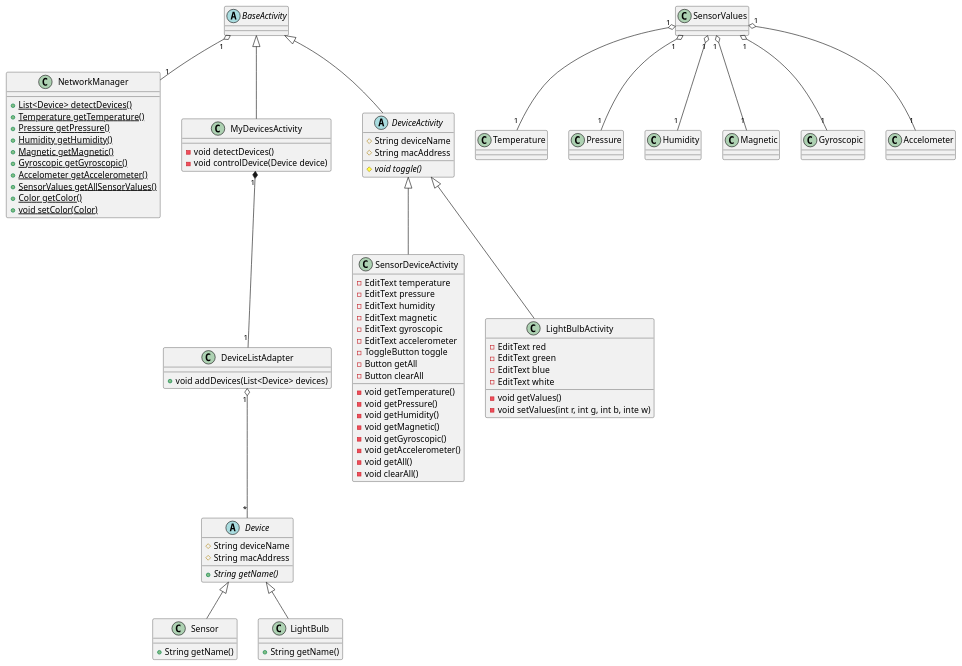
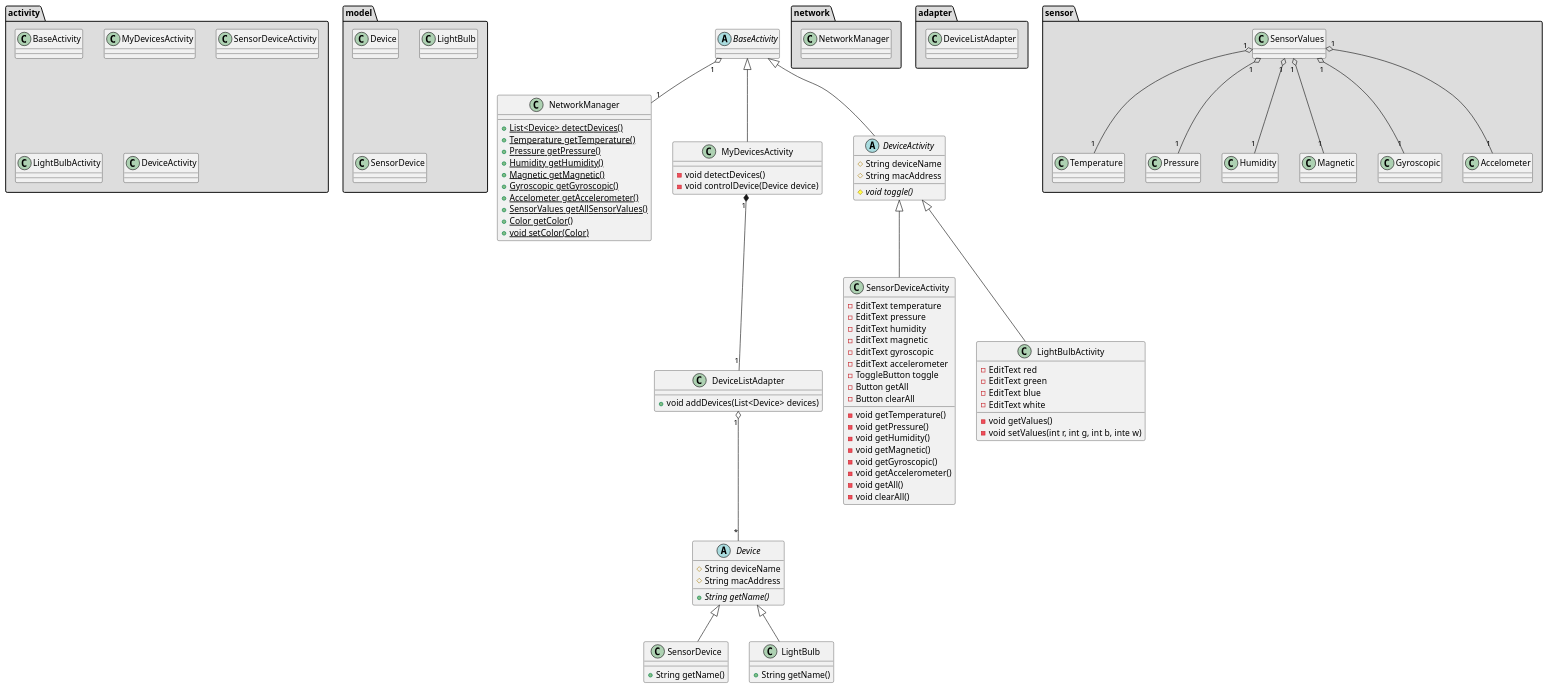
Before and after one commit to ockka/ETSN05-Group2: the diagram in docs/STLDD/class_diagram.plantuml, drawn with PlantUML. The commit also changed 1 other file, not shown here.

Commit message:
PUSS154214 v0.1: Added packages in class diagram

```diff
--- a/docs/STLDD/class_diagram.plantuml
+++ b/docs/STLDD/class_diagram.plantuml
@@ -1,93 +1,123 @@
-class NetworkManager{
+package "activity" #DDDDDD {
+  class BaseActivity
+  class MyDevicesActivity
+  class SensorDeviceActivity
+  class LightBulbActivity
+  class DeviceActivity
+
+}
+package "network" #DDDDDD {
+  class NetworkManager
+}
+package "adapter" #DDDDDD {
+  class DeviceListAdapter
+}
+package "model" #DDDDDD {
+  class Device
+  class LightBulb
+  class SensorDevice
+}
+
+package "sensor" #DDDDDD {
+	class SensorValues
+	class Temperature 
+	class Pressure 
+	class Humidity 
+	class Magnetic 
+	class Gyroscopic 
+	class Accelometer 
+}
+
+ class NetworkManager{
  +{static} List<Device> detectDevices()
  +{static} Temperature getTemperature()
  +{static} Pressure getPressure()
  +{static} Humidity getHumidity()
  +{static} Magnetic getMagnetic()
  +{static} Gyroscopic getGyroscopic()
  +{static} Accelometer getAccelerometer()
  +{static} SensorValues getAllSensorValues()
  +{static} Color getColor()
  +{static} void setColor(Color)
 }
 
 abstract class BaseActivity{
 }
 
 class DeviceListAdapter {
  +void addDevices(List<Device> devices)
 }
 
 class MyDevicesActivity{
  -void detectDevices()
  -void controlDevice(Device device)
 }
 
 class SensorDeviceActivity{
  -EditText temperature
  -EditText pressure
  -EditText humidity
  -EditText magnetic
  -EditText gyroscopic
  -EditText accelerometer
  -ToggleButton toggle
  -Button getAll
  -Button clearAll
  -void getTemperature()
  -void getPressure()
  -void getHumidity()
  -void getMagnetic()
  -void getGyroscopic()
  -void getAccelerometer()
  -void getAll()
  -void clearAll()
 }
 
 class LightBulbActivity{
  -EditText red
  -EditText green
  -EditText blue
  -EditText white
  -void getValues()
  -void setValues(int r, int g, int b, inte w)
 }
 
 abstract class DeviceActivity{
  #String deviceName
  #String macAddress
  #{abstract} void toggle()
 }
 
 
 abstract class Device{
  #String deviceName
  #String macAddress
  +{abstract} String getName()
 }
 
-class Sensor{
+class SensorDevice{
  +String getName()
 }
 
 class LightBulb{
  +String getName()
 }
 
 BaseActivity <|-- MyDevicesActivity
 BaseActivity <|-- DeviceActivity
 DeviceActivity <|-- SensorDeviceActivity
 DeviceActivity <|-- LightBulbActivity
 
-Device <|-- Sensor
+Device <|-- SensorDevice
 Device <|-- LightBulb
 
 MyDevicesActivity "1" *-- "1" DeviceListAdapter
 DeviceListAdapter "1" o-- "*" Device
 BaseActivity "1" o-- "1" NetworkManager
 
 SensorValues "1" o-- "1" Temperature 
 SensorValues "1" o-- "1" Pressure 
 SensorValues "1" o-- "1" Humidity 
 SensorValues "1" o-- "1" Magnetic 
 SensorValues "1" o-- "1" Gyroscopic 
 SensorValues "1" o-- "1" Accelometer 
```
